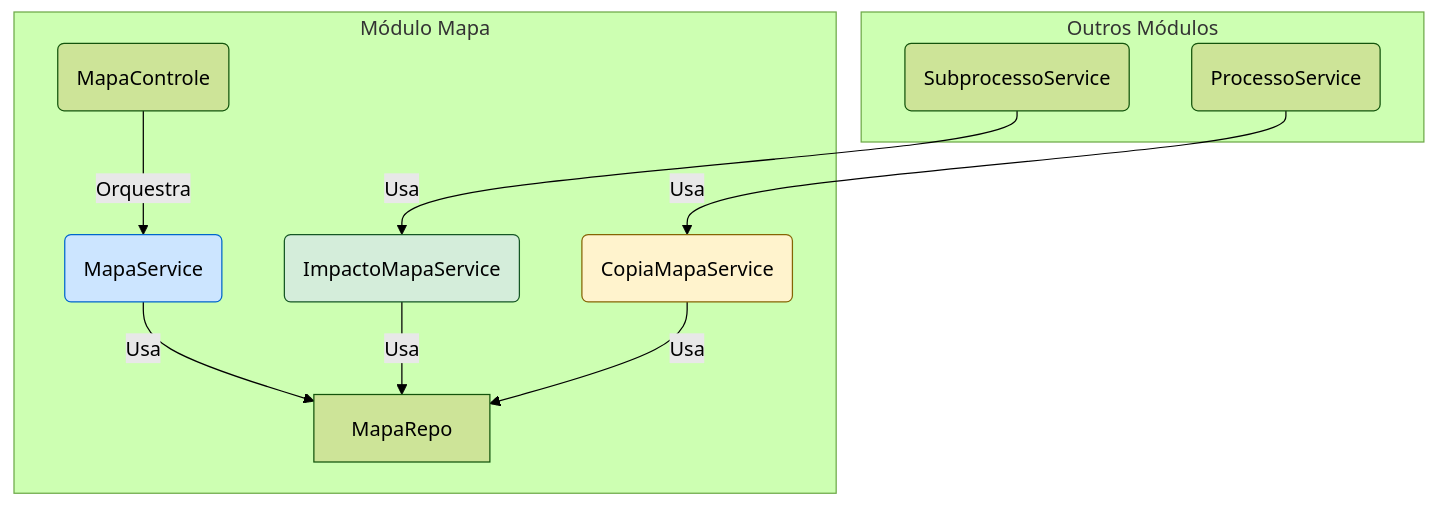
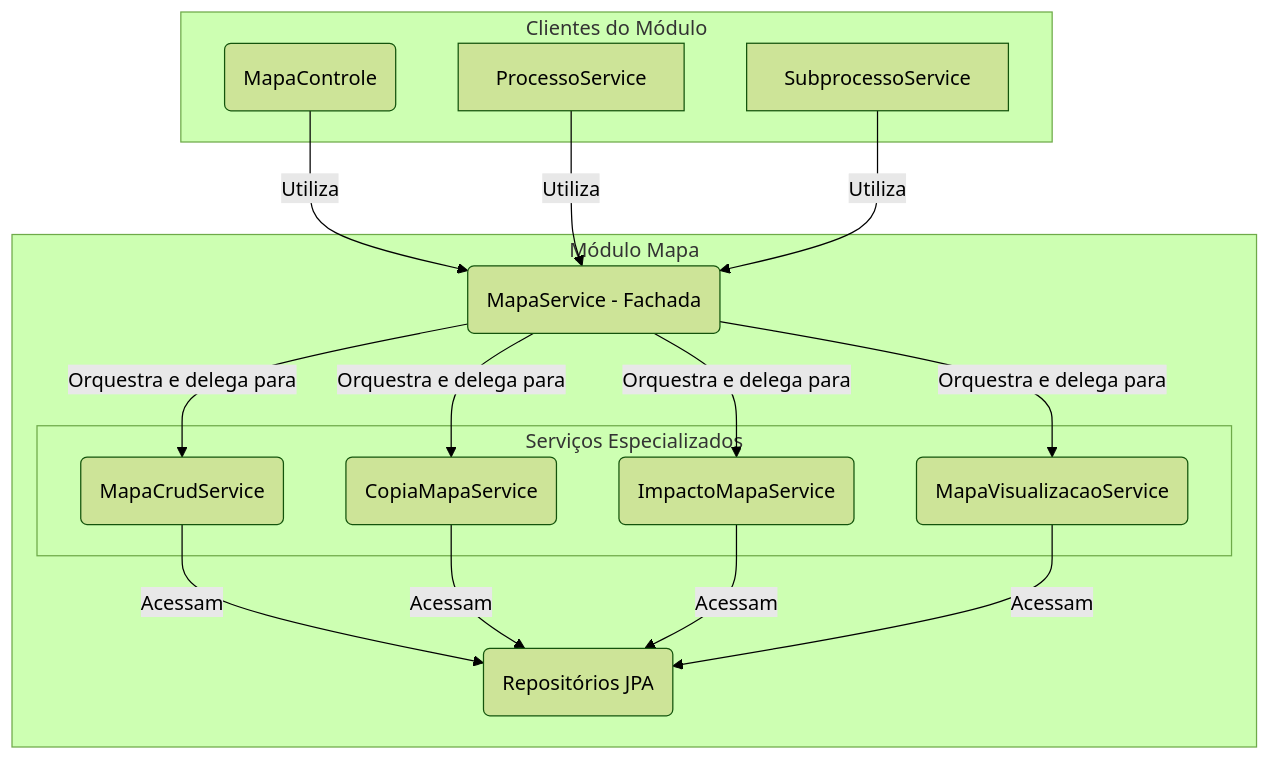
The diagram in backend/src/main/java/sgc/mapa/README.md (lgalvao/sgc), drawn with Mermaid (forest theme) before and after one commit. The commit also changed other lines of this file and 12 other files, not shown here.

````diff
--- a/backend/src/main/java/sgc/mapa/README.md
+++ b/backend/src/main/java/sgc/mapa/README.md
@@ -57,27 +11,32 @@
 ```mermaid
 graph TD
-    subgraph "Outros Módulos"
-        PS(ProcessoService)
-        SPS(SubprocessoService)
+    subgraph "Clientes do Módulo"
+        Controle(MapaControle)
+        ProcessoService
+        SubprocessoService
     end
 
     subgraph "Módulo Mapa"
-        MC(MapaControle)
-        MS(MapaService)
-        IS(ImpactoMapaService)
-        CS(CopiaMapaService)
-        MR[MapaRepo]
+        Facade(MapaService - Fachada)
+
+        subgraph "Serviços Especializados"
+            Crud(MapaCrudService)
+            Copia(CopiaMapaService)
+            Impacto(ImpactoMapaService)
+            Visualizacao(MapaVisualizacaoService)
+        end
+
+        Repos(Repositórios JPA)
     end
 
-    MC -- Orquestra --> MS
-    PS -- Usa --> CS
-    SPS -- Usa --> IS
+    Controle -- Utiliza --> Facade
+    ProcessoService -- Utiliza --> Facade
+    SubprocessoService -- Utiliza --> Facade
 
-    MS -- Usa --> MR
-    IS -- Usa --> MR
-    CS -- Usa --> MR
+    Facade -- Orquestra e delega para --> Crud
+    Facade -- Orquestra e delega para --> Copia
+    Facade -- Orquestra e delega para --> Impacto
+    Facade -- Orquestra e delega para --> Visualizacao
 
-    style MS fill:#cce5ff,stroke:#0066cc
-    style IS fill:#d4edda,stroke:#155724
-    style CS fill:#fff3cd,stroke:#856404
+    Crud & Copia & Impacto & Visualizacao -- Acessam --> Repos
 ```
````
